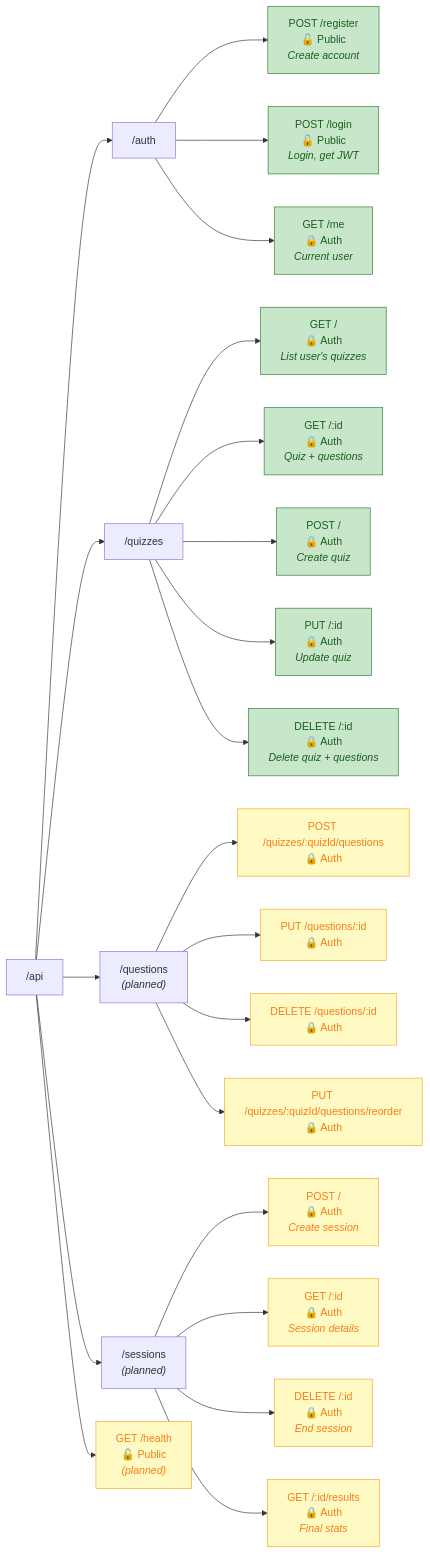
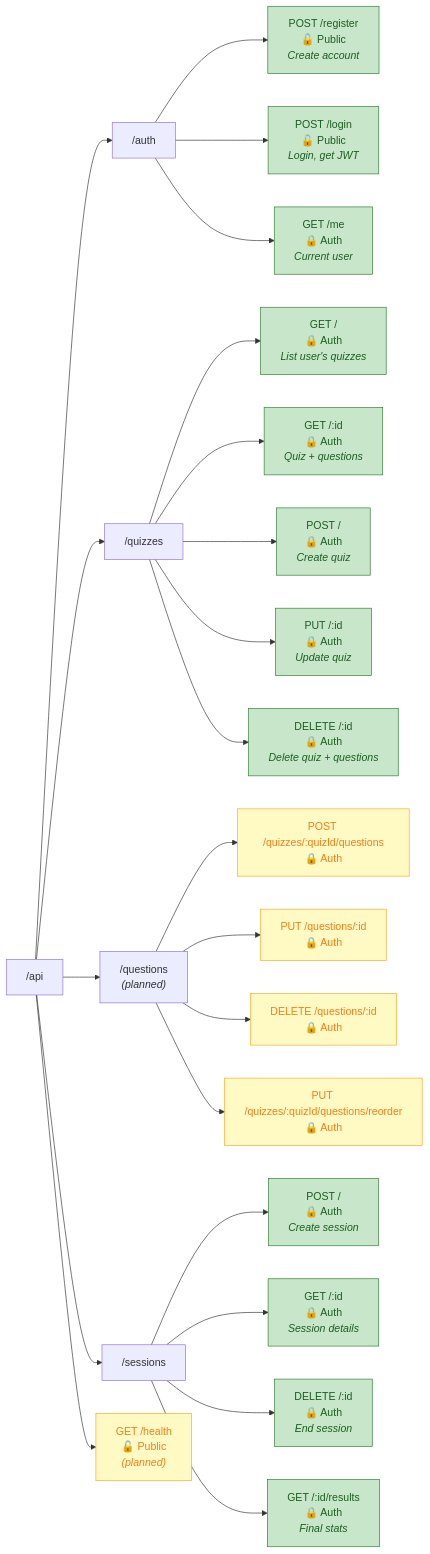
One commit to anshamray/Answr changed the second of 5 diagrams in docs/Architektur.md. Above: the diagram before and after it, drawn with Mermaid. The commit also changed other lines of this file and 25 other files, not shown here.

First line of the commit message:
FE-1: Update architecture and project structure documentation for Vue 3 frontend

````diff
--- a/docs/Architektur.md
+++ b/docs/Architektur.md
@@ -85,39 +85,39 @@
 ```mermaid
 graph LR
   API["/api"]
 
   API --> AUTH["/auth"]
   AUTH --> AUTH_REG["POST /register<br/>🔓 Public<br/><i>Create account</i>"]
   AUTH --> AUTH_LOG["POST /login<br/>🔓 Public<br/><i>Login, get JWT</i>"]
   AUTH --> AUTH_ME["GET /me<br/>🔒 Auth<br/><i>Current user</i>"]
 
   API --> QUIZ["/quizzes"]
   QUIZ --> Q_LIST["GET /<br/>🔒 Auth<br/><i>List user's quizzes</i>"]
   QUIZ --> Q_GET["GET /:id<br/>🔒 Auth<br/><i>Quiz + questions</i>"]
   QUIZ --> Q_CREATE["POST /<br/>🔒 Auth<br/><i>Create quiz</i>"]
   QUIZ --> Q_UPDATE["PUT /:id<br/>🔒 Auth<br/><i>Update quiz</i>"]
   QUIZ --> Q_DELETE["DELETE /:id<br/>🔒 Auth<br/><i>Delete quiz + questions</i>"]
 
   API --> QUESTIONS["/questions<br/><i>(planned)</i>"]
   QUESTIONS --> QN_ADD["POST /quizzes/:quizId/questions<br/>🔒 Auth"]
   QUESTIONS --> QN_UPDATE["PUT /questions/:id<br/>🔒 Auth"]
   QUESTIONS --> QN_DELETE["DELETE /questions/:id<br/>🔒 Auth"]
   QUESTIONS --> QN_REORDER["PUT /quizzes/:quizId/questions/reorder<br/>🔒 Auth"]
 
-  API --> SESSIONS["/sessions<br/><i>(planned)</i>"]
+  API --> SESSIONS["/sessions"]
   SESSIONS --> S_CREATE["POST /<br/>🔒 Auth<br/><i>Create session</i>"]
   SESSIONS --> S_GET["GET /:id<br/>🔒 Auth<br/><i>Session details</i>"]
   SESSIONS --> S_DELETE["DELETE /:id<br/>🔒 Auth<br/><i>End session</i>"]
   SESSIONS --> S_RESULTS["GET /:id/results<br/>🔒 Auth<br/><i>Final stats</i>"]
 
   API --> HEALTH["GET /health<br/>🔓 Public<br/><i>(planned)</i>"]
 
   classDef implemented fill:#c8e6c9,stroke:#2e7d32,color:#1b5e20
   classDef planned fill:#fff9c4,stroke:#f9a825,color:#f57f17
 
   class AUTH_REG,AUTH_LOG,AUTH_ME implemented
   class Q_LIST,Q_GET,Q_CREATE,Q_UPDATE,Q_DELETE implemented
+  class S_CREATE,S_GET,S_DELETE,S_RESULTS implemented
   class QN_ADD,QN_UPDATE,QN_DELETE,QN_REORDER planned
-  class S_CREATE,S_GET,S_DELETE,S_RESULTS planned
   class HEALTH planned
 ```
````
